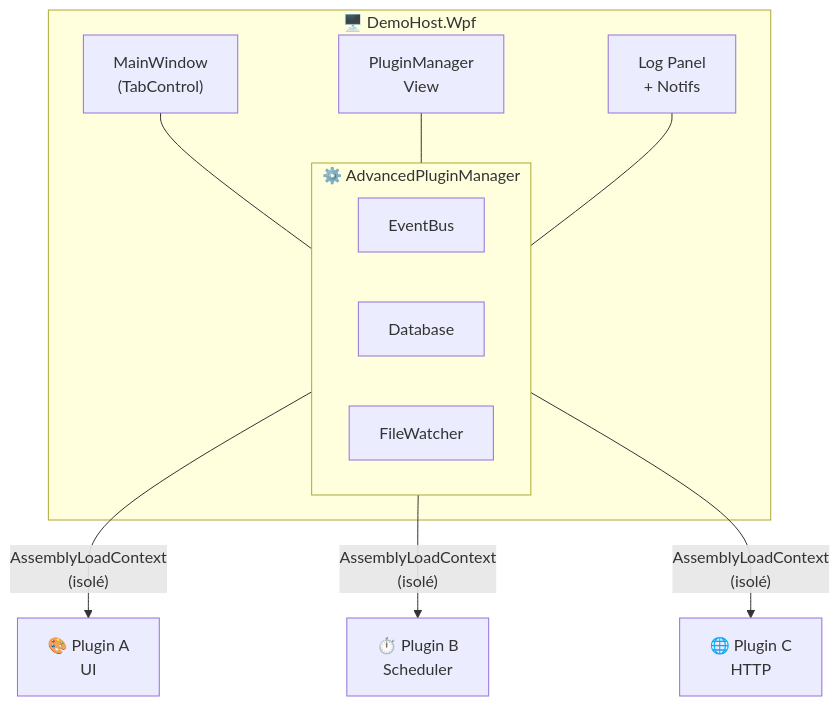
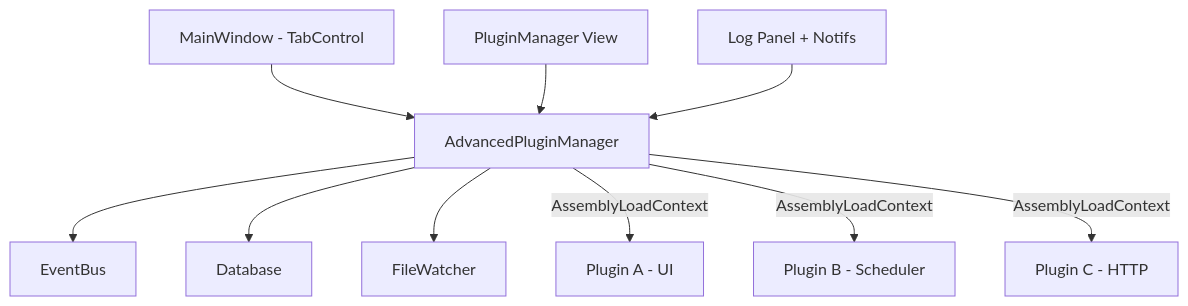
The first of 2 diagrams in README.md (Mdwf-droid/WpfPluginFramework), drawn with Mermaid before and after one commit. The commit also changed other lines of this file, not shown here.

Commit message:
Corrections README.md

````diff
--- a/README.md
+++ b/README.md
@@ -38,22 +38,12 @@
 ```mermaid
-graph TB
-    subgraph Host["🖥️ DemoHost.Wpf"]
-        MW["MainWindow<br/>(TabControl)"]
-        PMV["PluginManager<br/>View"]
-        LP["Log Panel<br/>+ Notifs"]
-        subgraph Core["⚙️ AdvancedPluginManager"]
-            EB["EventBus"]
-            DB["Database"]
-            FW["FileWatcher"]
-        end
-        MW --- Core
-        PMV --- Core
-        LP --- Core
-    end
-    Core -->|"AssemblyLoadContext<br/>(isolé)"| PA
-    Core -->|"AssemblyLoadContext<br/>(isolé)"| PB
-    Core -->|"AssemblyLoadContext<br/>(isolé)"| PC
-    PA["🎨 Plugin A<br/>UI"]
-    PB["⏱️ Plugin B<br/>Scheduler"]
-    PC["🌐 Plugin C<br/>HTTP"]
+graph TD
+    MW[MainWindow - TabControl] --> APM[AdvancedPluginManager]
+    PMV[PluginManager View] --> APM
+    LP[Log Panel + Notifs] --> APM
+    APM --> EB[EventBus]
+    APM --> DB[Database]
+    APM --> FWW[FileWatcher]
+    APM -- AssemblyLoadContext --> PA[Plugin A - UI]
+    APM -- AssemblyLoadContext --> PB[Plugin B - Scheduler]
+    APM -- AssemblyLoadContext --> PC[Plugin C - HTTP]
 ```
````
